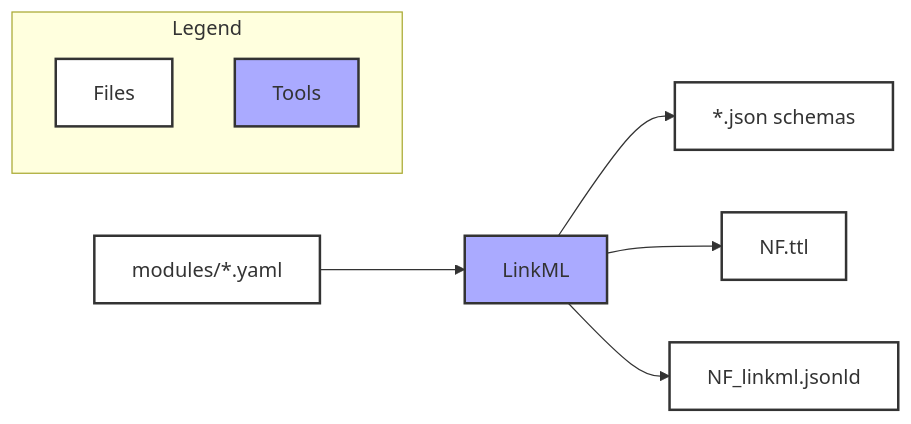
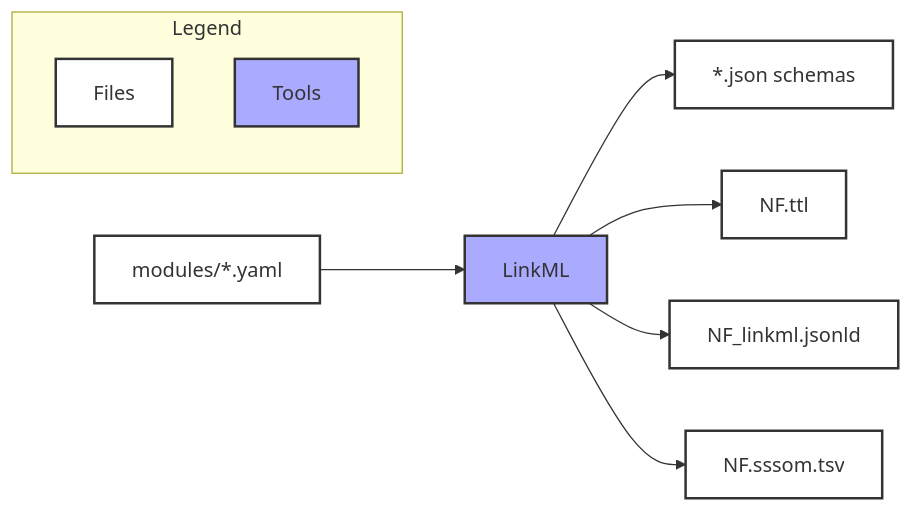
The diagram in README.md (nf-osi/nf-metadata-dictionary), drawn with Mermaid before and after one commit. The commit also changed other lines of this file and 17 other files, not shown here.

````diff
--- a/README.md
+++ b/README.md
@@ -28,23 +29,25 @@
 ```mermaid
 graph LR
     A[modules/*.yaml] --> L[LinkML]
     L --> J[*.json schemas]
     L --> T[NF.ttl]
     L --> LJ["NF_linkml.jsonld"]
+    L --> S["NF.sssom.tsv"]
 
 class L tools
     
     %% Legend
     subgraph Legend
         G[Files]
         H[Tools]
     end
 
 style A fill:white,stroke:#333,stroke-width:2px;
 style G fill:white,stroke:#333,stroke-width:2px;
 style J fill:white,stroke:#333,stroke-width:2px;
 style T fill:white,stroke:#333,stroke-width:2px;
 style LJ fill:white,stroke:#333,stroke-width:2px;
+style S fill:white,stroke:#333,stroke-width:2px;
 style H fill:#aaf,stroke:#333,stroke-width:2px
 style L fill:#aaf,stroke:#333,stroke-width:2px
 ```
````
